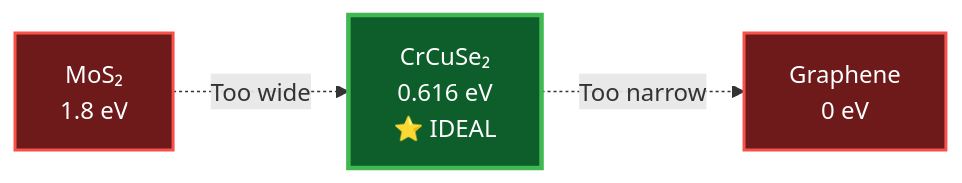
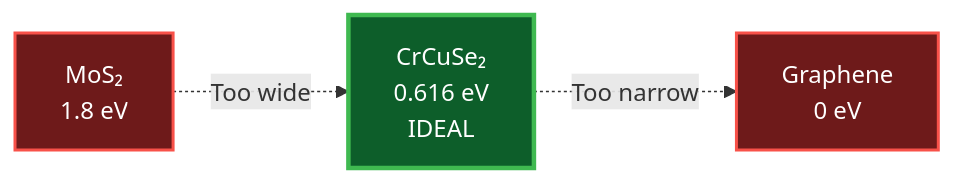
The third of 5 diagrams in README.md (Koussaisalem/algo), drawn with Mermaid before and after one commit. The commit also changed other lines of this file and 1 other file, not shown here.

````diff
--- a/README.md
+++ b/README.md
@@ -129,9 +129,9 @@
 ```mermaid
 graph LR
-    A[MoS₂<br/>1.8 eV] -.->|"Too wide"| B[CrCuSe₂<br/>0.616 eV<br/>⭐ IDEAL]
-    B -.->|"Too narrow"| C[Graphene<br/>0 eV]
-    
-    style A fill:#6e1a1a,stroke:#f85149,stroke-width:2px,color:#fff
-    style B fill:#0d5e2a,stroke:#3fb950,stroke-width:3px,color:#fff
-    style C fill:#6e1a1a,stroke:#f85149,stroke-width:2px,color:#fff
+ A[MoS₂<br/>1.8 eV] -.->|"Too wide"| B[CrCuSe₂<br/>0.616 eV<br/>IDEAL]
+ B -.->|"Too narrow"| C[Graphene<br/>0 eV]
+ 
+ style A fill:#6e1a1a,stroke:#f85149,stroke-width:2px,color:#fff
+ style B fill:#0d5e2a,stroke:#3fb950,stroke-width:3px,color:#fff
+ style C fill:#6e1a1a,stroke:#f85149,stroke-width:2px,color:#fff
 ```
````
